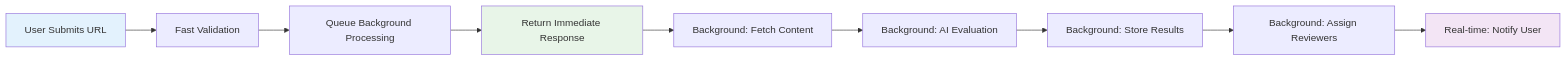
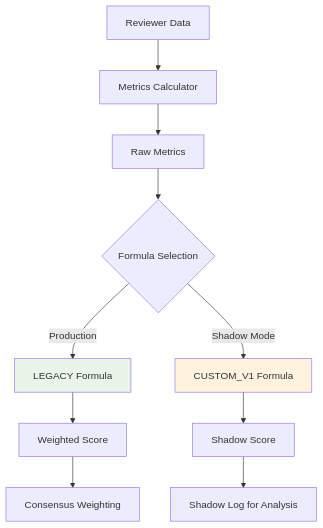
Before and after one commit to dimzachar/ScholarsXP: the fourth of 8 diagrams in ARCHITECTURE.md, drawn with Mermaid. The commit also changed other lines of this file, not shown here.

First line of the commit message:
docs: update architecture documentation with blockchain and wallet integration

````diff
--- a/ARCHITECTURE.md
+++ b/ARCHITECTURE.md
@@ -435,15 +207,15 @@
 ```mermaid
-flowchart LR
-    A[User Submits URL] --> B[Fast Validation]
-    B --> C[Queue Background Processing]
-    C --> D[Return Immediate Response]
-    D --> E[Background: Fetch Content]
-    E --> F[Background: AI Evaluation]
-    F --> G[Background: Store Results]
-    G --> H[Background: Assign Reviewers]
-    H --> I[Real-time: Notify User]
+flowchart TD
+    A[Reviewer Data] --> B[Metrics Calculator]
+    B --> C[Raw Metrics]
+    C --> D{Formula Selection}
+    D -->|Production| E[LEGACY Formula]
+    D -->|Shadow Mode| F[CUSTOM_V1 Formula]
+    E --> G[Weighted Score]
+    F --> H[Shadow Score]
+    G --> I[Consensus Weighting]
+    H --> J[Shadow Log for Analysis]
     
-    style A fill:#e3f2fd
-    style D fill:#e8f5e8
-    style I fill:#f3e5f5
+    style E fill:#e8f5e8
+    style F fill:#fff3e0
 ```
````
